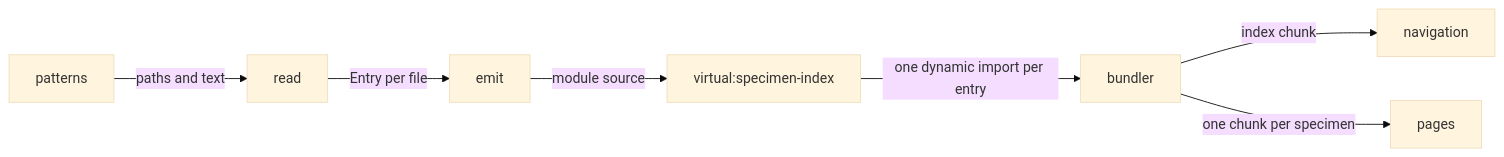
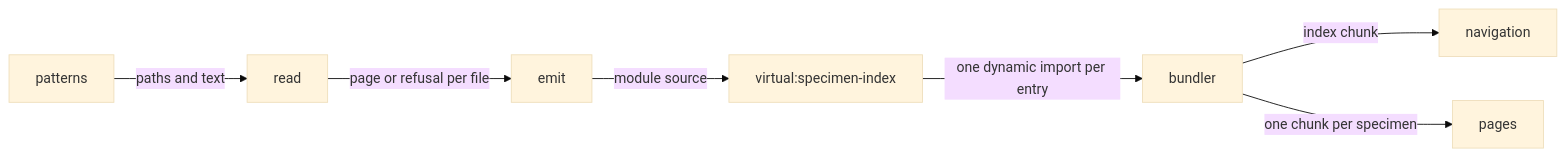
Before and after one commit to stealth-scale/platform: the first of 3 diagrams in docs/rfc/0001-index-specimens-without-loading-them.md, drawn with Mermaid (base theme). The commit also changed other lines of this file and 1 other file, not shown here.

````diff
--- a/docs/rfc/0001-index-specimens-without-loading-them.md
+++ b/docs/rfc/0001-index-specimens-without-loading-them.md
@@ -222,9 +274,9 @@
 ```mermaid
 flowchart LR
     P[patterns] -->|paths and text| R[read]
-    R -->|Entry per file| E[emit]
+    R -->|page or refusal per file| E[emit]
     E -->|module source| V["virtual:specimen-index"]
     V -->|one dynamic import per entry| B[bundler]
     B -->|index chunk| N[navigation]
     B -->|one chunk per specimen| C[pages]
 ```
````
